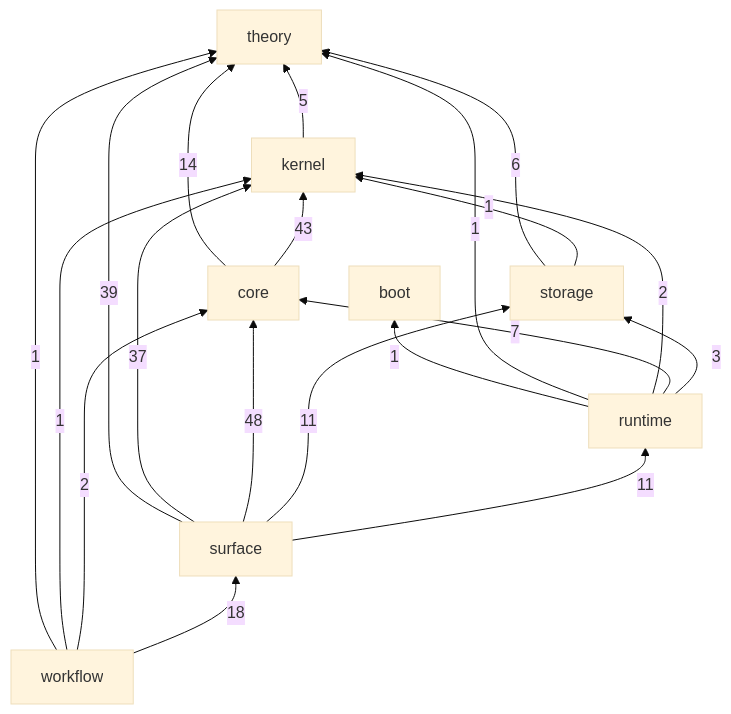
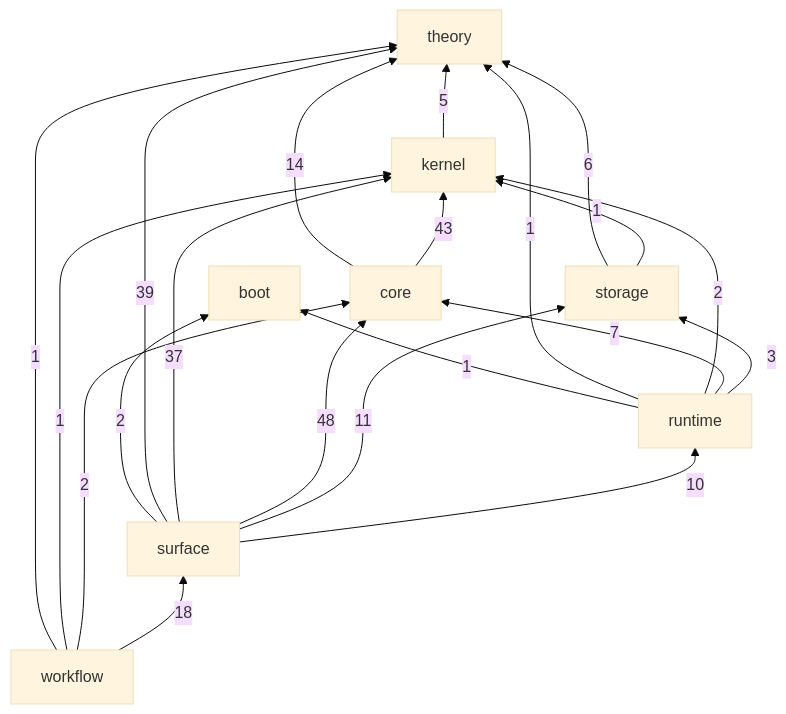
One commit to gandr-lang/gandr changed the first of 2 diagrams in crates/README.md. Above: the diagram before and after it, drawn with Mermaid (base theme). The commit also changed 8 other files, not shown here.

````diff
--- a/crates/README.md
+++ b/crates/README.md
@@ -28,30 +28,31 @@
 ```mermaid
 flowchart BT
   boot
   theory
   kernel
   core
   storage
   runtime
   surface
   workflow
   kernel -->|5| theory
   core -->|14| theory
   core -->|43| kernel
   storage -->|6| theory
   storage -->|1| kernel
   runtime -->|1| boot
   runtime -->|1| theory
   runtime -->|2| kernel
   runtime -->|7| core
   runtime -->|3| storage
+  surface -->|2| boot
   surface -->|39| theory
   surface -->|37| kernel
   surface -->|48| core
   surface -->|11| storage
-  surface -->|11| runtime
+  surface -->|10| runtime
   workflow -->|1| theory
   workflow -->|1| kernel
   workflow -->|2| core
   workflow -->|18| surface
 ```
````
